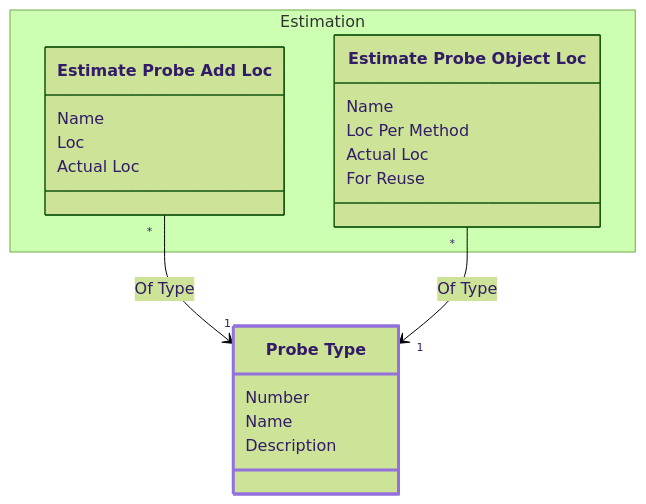
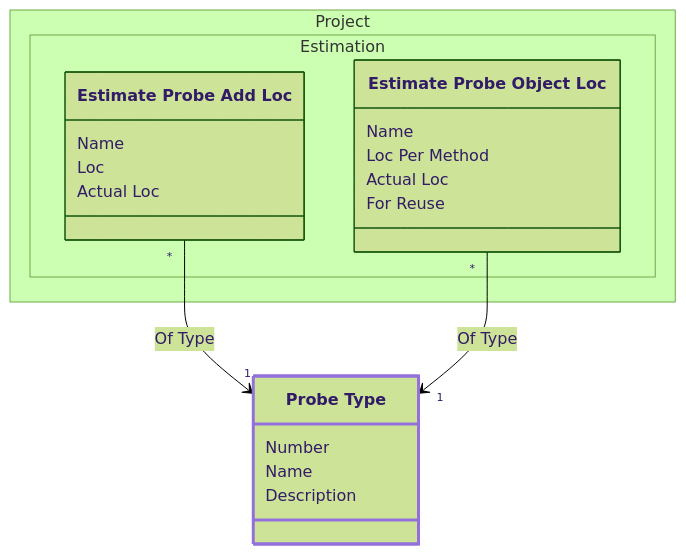
The diagram in examples/requirements/req/output/development/class-domain.process.subdomain.definition.class.probe_type.md (glemzurg/glemzurg), drawn with Mermaid (forest theme) before and after one commit. The commit also changed other lines of this file and 116 other files, not shown here.

````diff
--- a/examples/requirements/req/output/development/class-domain.process.subdomain.definition.class.probe_type.md
+++ b/examples/requirements/req/output/development/class-domain.process.subdomain.definition.class.probe_type.md
@@ -25,30 +25,30 @@
 ```mermaid
 ---
 config:
   class:
     hideEmptyMembersBox: true
 ---
 classDiagram
 class class_domain_process_subdomain_definition_class_probe_type["Probe Type"] {
         Number
         Name
         Description
     }
-namespace Estimation {
-class class_domain_process_subdomain_estimation_class_estimate_probe_add_loc["Estimate Probe Add Loc"] {
+namespace Project.Estimation {
+class class_domain_project_subdomain_estimation_class_estimate_probe_add_loc["Estimate Probe Add Loc"] {
             Name
             Loc
             Actual Loc
         }
-class class_domain_process_subdomain_estimation_class_estimate_probe_object_loc["Estimate Probe Object Loc"] {
+class class_domain_project_subdomain_estimation_class_estimate_probe_object_loc["Estimate Probe Object Loc"] {
             Name
             Loc Per Method
             Actual Loc
             For Reuse
         }
 }
 style class_domain_process_subdomain_definition_class_probe_type stroke:#9370DB,stroke-width:3px
-class_domain_process_subdomain_estimation_class_estimate_probe_add_loc "*" --> "1" class_domain_process_subdomain_definition_class_probe_type : Of Type
-class_domain_process_subdomain_estimation_class_estimate_probe_object_loc "*" --> "1" class_domain_process_subdomain_definition_class_probe_type : Of Type
+class_domain_project_subdomain_estimation_class_estimate_probe_add_loc "*" --> "1" class_domain_process_subdomain_definition_class_probe_type : Of Type
+class_domain_project_subdomain_estimation_class_estimate_probe_object_loc "*" --> "1" class_domain_process_subdomain_definition_class_probe_type : Of Type
 
 ```
````
